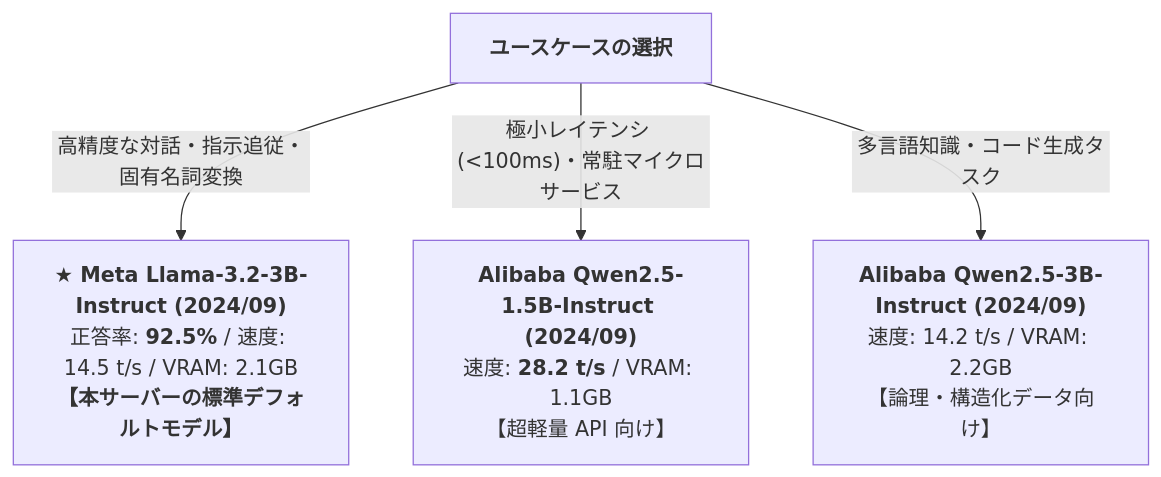
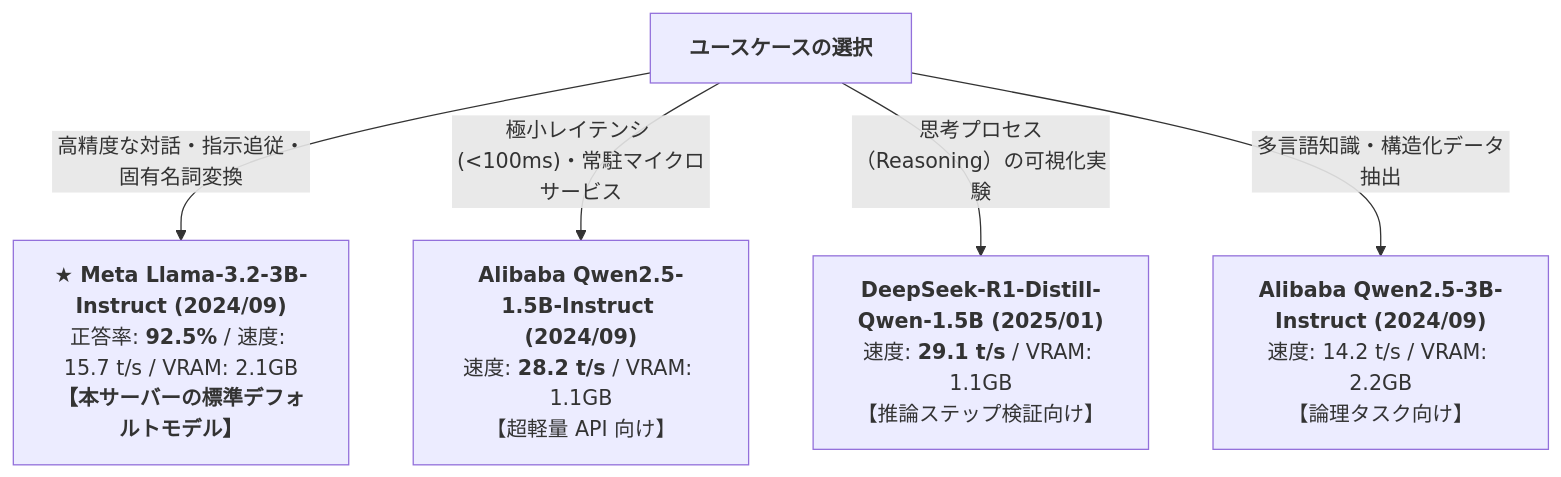
The diagram in wsl-server/note/12_working_models_comprehensive_benchmark_report.md (AobaIwaki123/ai-workspace), drawn with Mermaid before and after one commit. The commit also changed other lines of this file, not shown here.

````diff
--- a/wsl-server/note/12_working_models_comprehensive_benchmark_report.md
+++ b/wsl-server/note/12_working_models_comprehensive_benchmark_report.md
@@ -73,7 +74,8 @@
 ```mermaid
 graph TD
     User["<b>ユースケースの選択</b>"]
-    User -->|"高精度な対話・指示追従・固有名詞変換"| Llama["<b>★ Meta Llama-3.2-3B-Instruct (2024/09)</b><br>正答率: <b>92.5%</b> / 速度: 14.5 t/s / VRAM: 2.1GB<br><b>【本サーバーの標準デフォルトモデル】</b>"]
+    User -->|"高精度な対話・指示追従・固有名詞変換"| Llama["<b>★ Meta Llama-3.2-3B-Instruct (2024/09)</b><br>正答率: <b>92.5%</b> / 速度: 15.7 t/s / VRAM: 2.1GB<br><b>【本サーバーの標準デフォルトモデル】</b>"]
     User -->|"極小レイテンシ (<100ms)・常駐マイクロサービス"| Qwen15["<b>Alibaba Qwen2.5-1.5B-Instruct (2024/09)</b><br>速度: <b>28.2 t/s</b> / VRAM: 1.1GB<br>【超軽量 API 向け】"]
-    User -->|"多言語知識・コード生成タスク"| Qwen3["<b>Alibaba Qwen2.5-3B-Instruct (2024/09)</b><br>速度: 14.2 t/s / VRAM: 2.2GB<br>【論理・構造化データ向け】"]
+    User -->|"思考プロセス（Reasoning）の可視化実験"| DeepSeek["<b>DeepSeek-R1-Distill-Qwen-1.5B (2025/01)</b><br>速度: <b>29.1 t/s</b> / VRAM: 1.1GB<br>【推論ステップ検証向け】"]
+    User -->|"多言語知識・構造化データ抽出"| Qwen3["<b>Alibaba Qwen2.5-3B-Instruct (2024/09)</b><br>速度: 14.2 t/s / VRAM: 2.2GB<br>【論理タスク向け】"]
 ```
````
